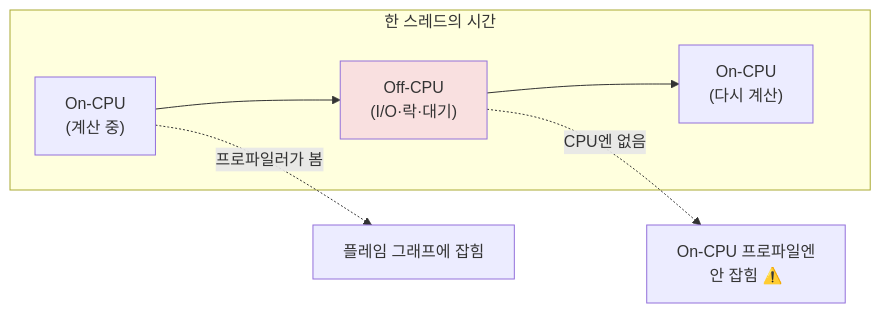
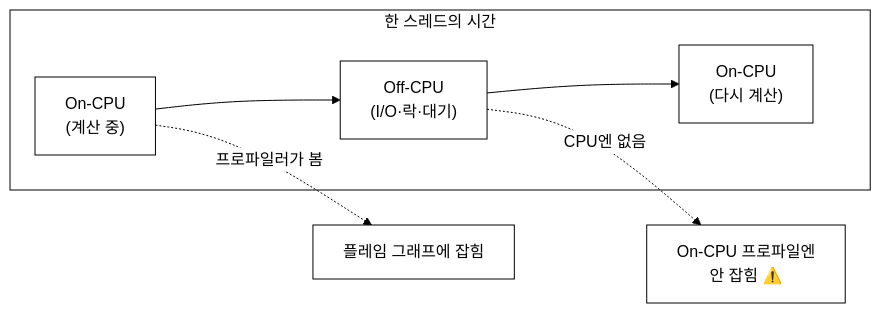
One commit to iamywl/ebpf-lab changed the fourth of 6 diagrams in docs/lecture/14주차_관측성과_성능분석_프로파일링.md. Above: the diagram before and after it, drawn with Mermaid. The commit also changed other lines of this file and 33 other files, not shown here.

First line of the commit message:
강의자료: 다이어그램 흑백(논문 스타일) 통일 + 실제 실행 스크린샷 삽입

````diff
--- a/docs/lecture/14주차_관측성과_성능분석_프로파일링.md
+++ b/docs/lecture/14주차_관측성과_성능분석_프로파일링.md
@@ -113,10 +116,11 @@
 ```mermaid
+%%{init: {"theme":"base","themeVariables":{"background":"#ffffff","primaryColor":"#ffffff","primaryBorderColor":"#000000","primaryTextColor":"#000000","secondaryColor":"#ffffff","secondaryBorderColor":"#000000","secondaryTextColor":"#000000","tertiaryColor":"#ffffff","tertiaryBorderColor":"#000000","tertiaryTextColor":"#000000","lineColor":"#000000","textColor":"#000000","mainBkg":"#ffffff","secondBkg":"#ffffff","clusterBkg":"#ffffff","clusterBorder":"#000000","edgeLabelBackground":"#ffffff","nodeBorder":"#000000","defaultLinkColor":"#000000","titleColor":"#000000","actorBkg":"#ffffff","actorBorder":"#000000","actorTextColor":"#000000","actorLineColor":"#000000","signalColor":"#000000","signalTextColor":"#000000","labelBoxBkgColor":"#ffffff","labelBoxBorderColor":"#000000","labelTextColor":"#000000","loopTextColor":"#000000","noteBkgColor":"#ffffff","noteBorderColor":"#000000","noteTextColor":"#000000","activationBkgColor":"#ffffff","activationBorderColor":"#000000","sequenceNumberColor":"#000000","cScale0":"#ffffff","cScale1":"#ffffff","cScale2":"#ffffff","cScale3":"#ffffff","cScale4":"#ffffff","cScale5":"#ffffff","cScale6":"#ffffff","cScale7":"#ffffff","cScale8":"#ffffff","cScale9":"#ffffff","cScale10":"#ffffff","cScale11":"#ffffff","cScaleLabel0":"#000000","cScaleLabel1":"#000000","cScaleLabel2":"#000000","cScaleLabel3":"#000000","cScaleLabel4":"#000000","cScaleLabel5":"#000000","cScaleLabel6":"#000000","cScaleLabel7":"#000000","cScaleLabel8":"#000000","cScaleLabel9":"#000000","cScaleLabel10":"#000000","cScaleLabel11":"#000000","pie1":"#ffffff","pie2":"#eeeeee","pie3":"#dddddd","pie4":"#cccccc","fontFamily":"Georgia, serif"}}}%%
 flowchart LR
     subgraph Life["한 스레드의 시간"]
         ON1["On-CPU\n(계산 중)"] --> OFF["Off-CPU\n(I/O·락·대기)"]
         OFF --> ON2["On-CPU\n(다시 계산)"]
     end
     ON1 -. "프로파일러가 봄" .-> P1["플레임 그래프에 잡힘"]
     OFF -. "CPU엔 없음" .-> P2["On-CPU 프로파일엔\n안 잡힘 ⚠️"]
-    style OFF fill:#f9e0e0
+    style OFF fill:#ffffff
 ```
````
